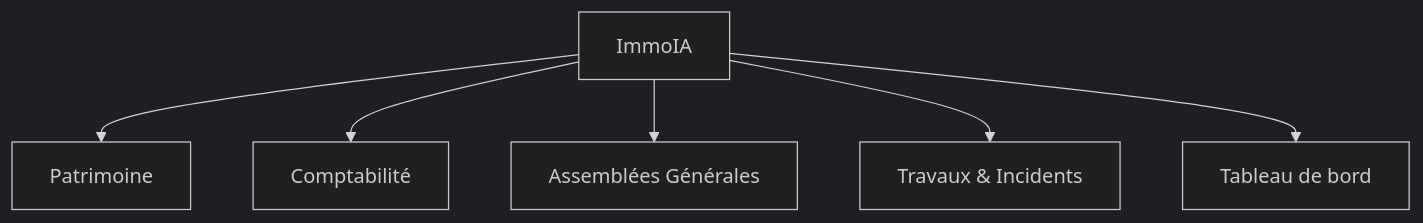
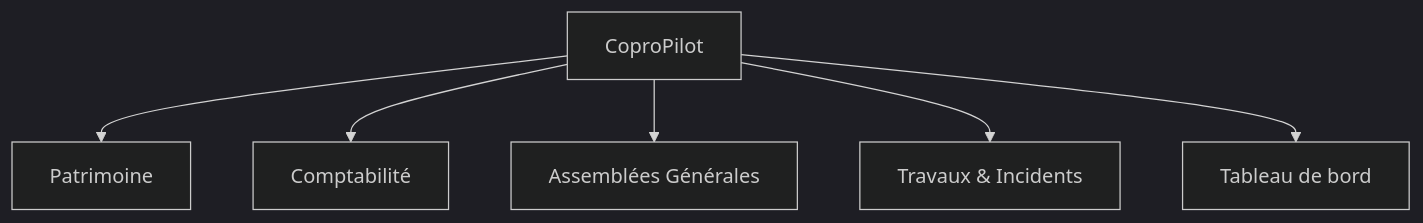
Before and after one commit to Wifsimster/copro-pilot: the first of 5 diagrams in docs/modules.md, drawn with Mermaid (dark theme). The commit also changed other lines of this file and 43 other files, not shown here.

First line of the commit message:
feat: rebrand ImmoIA to CoproPilot and enhance UI with mutation updates

````diff
--- a/docs/modules.md
+++ b/docs/modules.md
@@ -7,8 +7,8 @@
 ```mermaid
 graph TD
-    A[ImmoIA] --> B[Patrimoine]
+    A[CoproPilot] --> B[Patrimoine]
     A --> C[Comptabilité]
     A --> D[Assemblées Générales]
     A --> E[Travaux & Incidents]
     A --> F[Tableau de bord]
 ```
````
